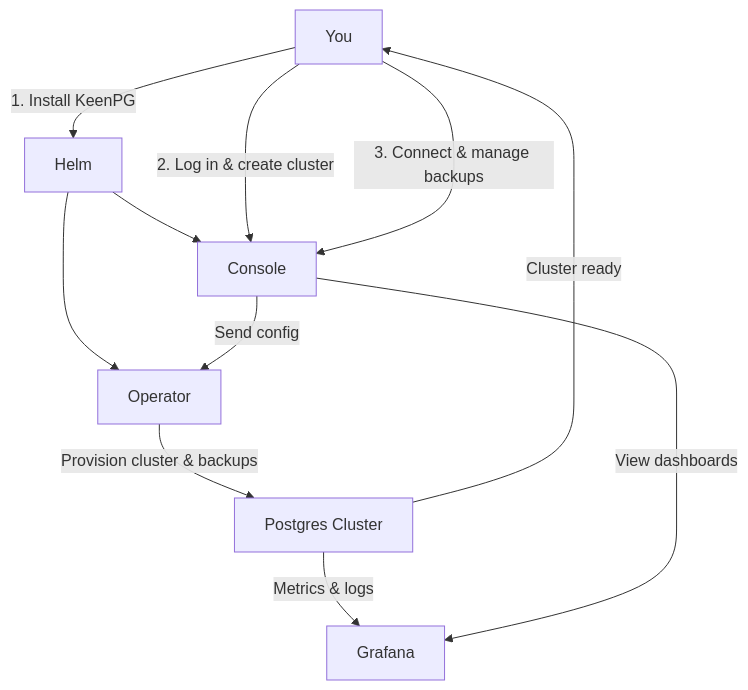
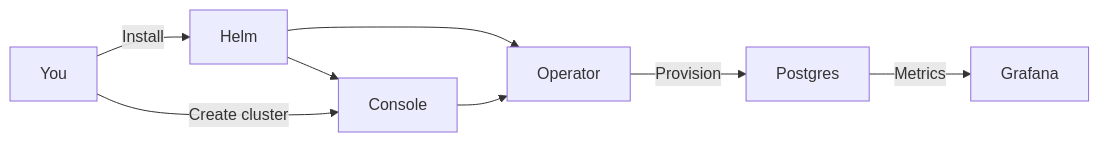
The first of 3 diagrams in console.md (rabhinav0906/Readme-changes), drawn with Mermaid before and after one commit.

Commit message:
Revise KeenPG console flowchart for clarity
Updated flowchart direction and simplified steps.

````diff
--- a/console.md
+++ b/console.md
@@ -5,15 +5,10 @@
 ```mermaid
-flowchart TD
-    U[You] -->|1. Install KeenPG| H[Helm]
+flowchart LR
+    U[You] -->|Install| H[Helm]
     H --> O[Operator]
     H --> C[Console]
-
-    U -->|2. Log in & create cluster| C
-    C -->|Send config| O
-    O -->|Provision cluster & backups| P[Postgres Cluster]
-    P -->|Cluster ready| U
-
-    U -->|3. Connect & manage backups| C
-    P -->|Metrics & logs| G[Grafana]
-    C -->|View dashboards| G
+    U -->|Create cluster| C
+    C --> O
+    O -->|Provision| P[Postgres]
+    P -->|Metrics| G[Grafana]
 ```
````
